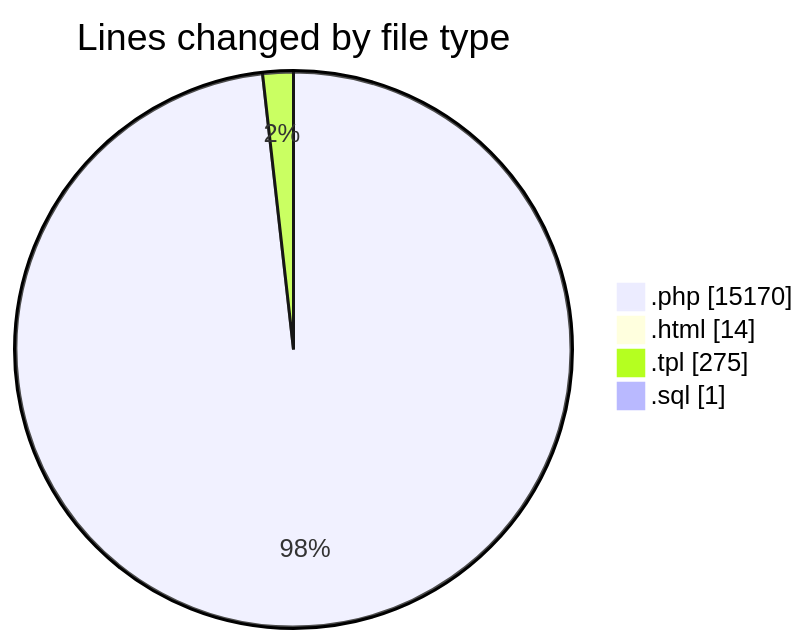
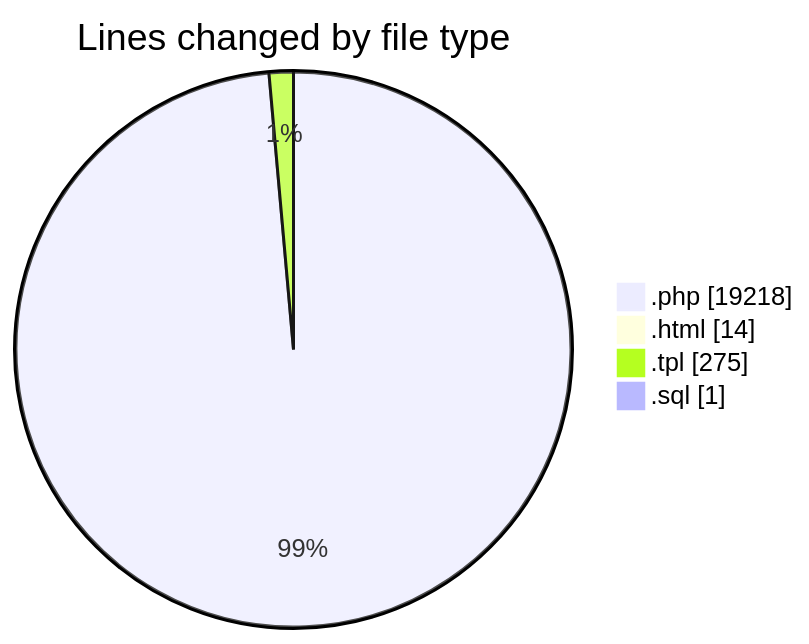
One commit to vahidmafi/code-tracking changed the first of 2 diagrams in 2025-09-13/shop/README.md. Above: the diagram before and after it, drawn with Mermaid. The commit also changed other lines of this file and 1 other file, not shown here.

````diff
--- a/2025-09-13/shop/README.md
+++ b/2025-09-13/shop/README.md
@@ -37,8 +38,8 @@
 ```mermaid
 pie showData
 title Lines changed by file type
-".php" : 15170
+".php" : 19218
 ".html" : 14
 ".tpl" : 275
 ".sql" : 1
 ```
````
